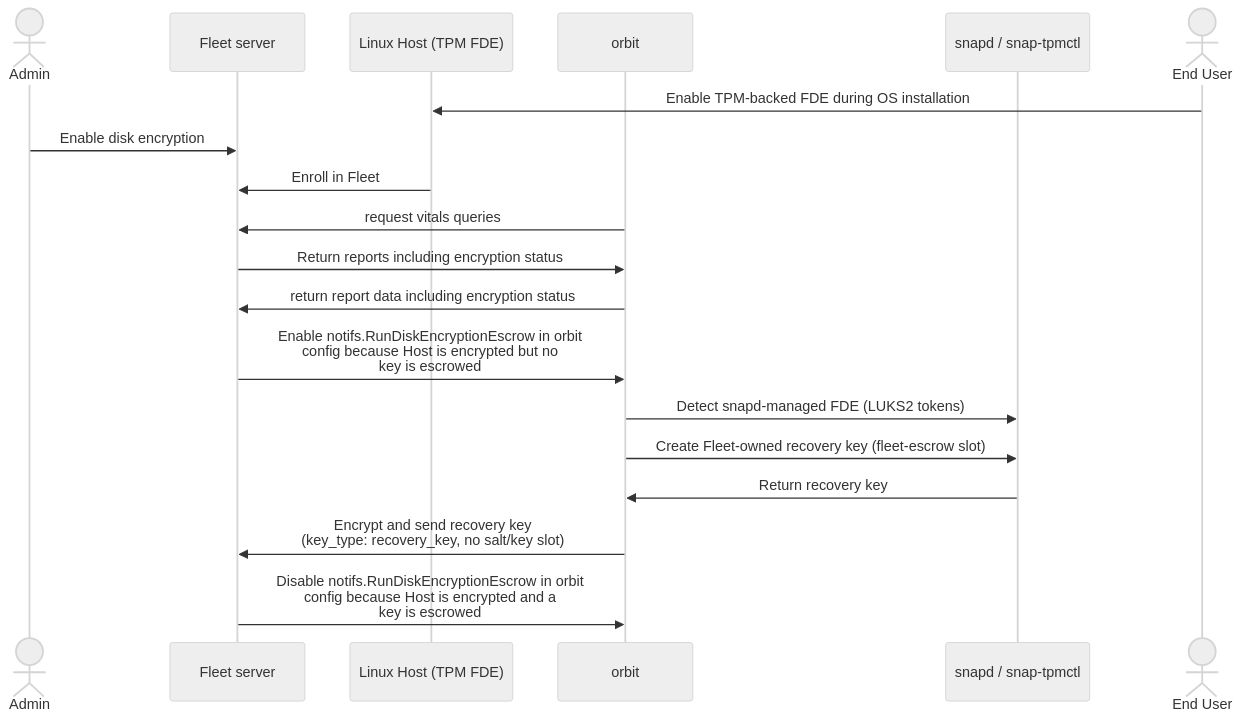
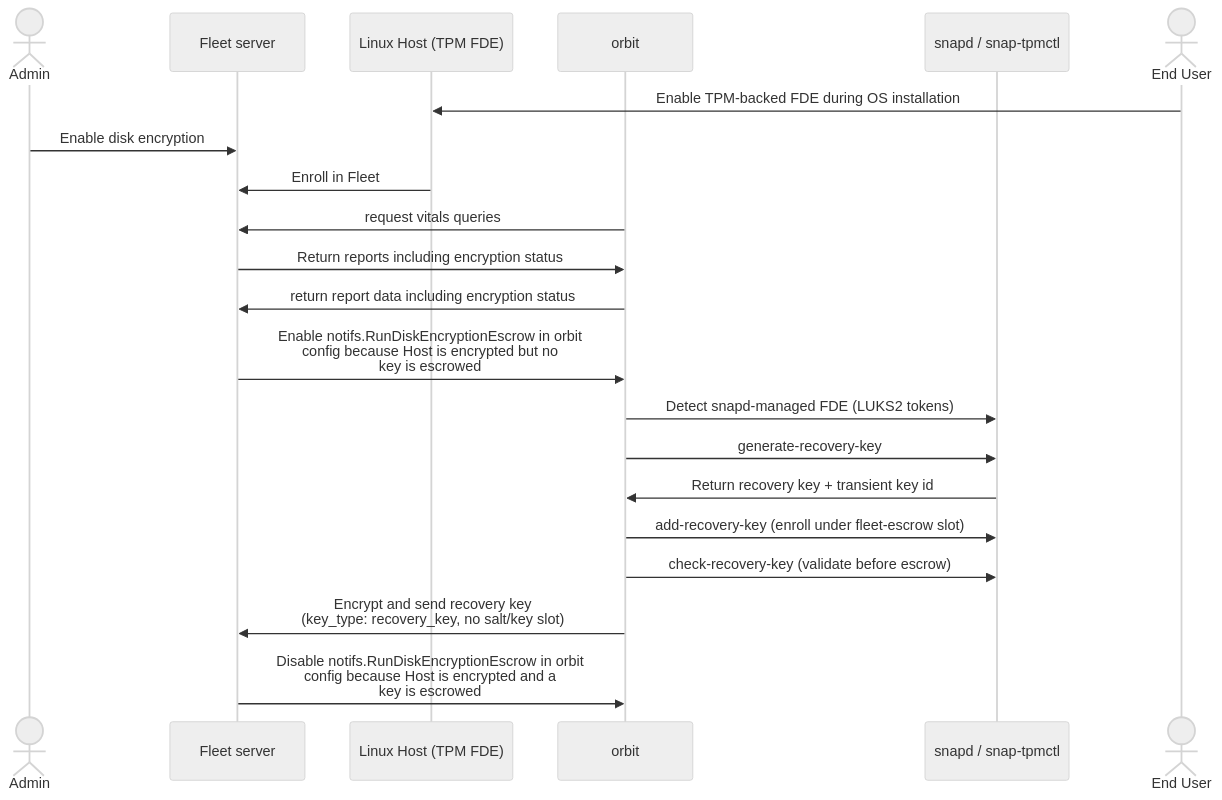
One commit to fleetdm/fleet changed the fifth of 5 diagrams in docs/Contributing/architecture/mdm/disk-encryption.md. Above: the diagram before and after it, drawn with Mermaid (neutral theme).

Commit message:
show add-recovery-key and check-recovery-key in the snapd sequence diagram
The diagram previously collapsed the snapd interaction into a single
"Create recovery key" round-trip, hiding the async add-recovery-key
enrollment into the fleet-escrow slot and the check-recovery-key
validation that already appear in the tooling prose right below. Expand
the sequence so it matches the actions the code actually issues.

````diff
--- a/docs/Contributing/architecture/mdm/disk-encryption.md
+++ b/docs/Contributing/architecture/mdm/disk-encryption.md
@@ -246,21 +246,23 @@
 ```mermaid
 sequenceDiagram
         actor Admin
         participant fleet as Fleet server
         participant host as Linux Host (TPM FDE)
         participant fleetd as orbit
         participant snapd as snapd / snap-tpmctl
         actor user as End User
         user->>host: Enable TPM-backed FDE during OS installation
         Admin->>fleet: Enable disk encryption
         host->>fleet: Enroll in Fleet
         fleetd->>fleet: request vitals queries
         fleet->>fleetd: Return reports including encryption status
         fleetd->>fleet: return report data including encryption status
         fleet->>fleetd: Enable notifs.RunDiskEncryptionEscrow in orbit<br>config because Host is encrypted but no<br>key is escrowed
         fleetd->>snapd: Detect snapd-managed FDE (LUKS2 tokens)
-        fleetd->>snapd: Create Fleet-owned recovery key (fleet-escrow slot)
-        snapd->>fleetd: Return recovery key
+        fleetd->>snapd: generate-recovery-key
+        snapd->>fleetd: Return recovery key + transient key id
+        fleetd->>snapd: add-recovery-key (enroll under fleet-escrow slot)
+        fleetd->>snapd: check-recovery-key (validate before escrow)
         fleetd->>fleet: Encrypt and send recovery key<br>(key_type: recovery_key, no salt/key slot)
         fleet->>fleetd: Disable notifs.RunDiskEncryptionEscrow in orbit<br>config because Host is encrypted and a<br>key is escrowed
 ```
````
